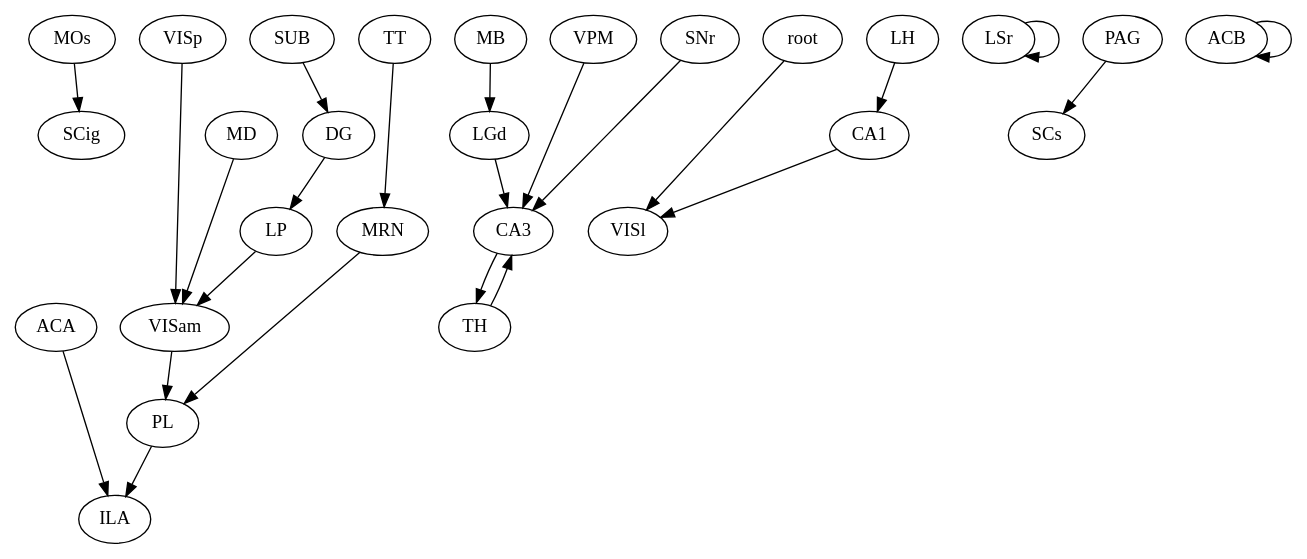
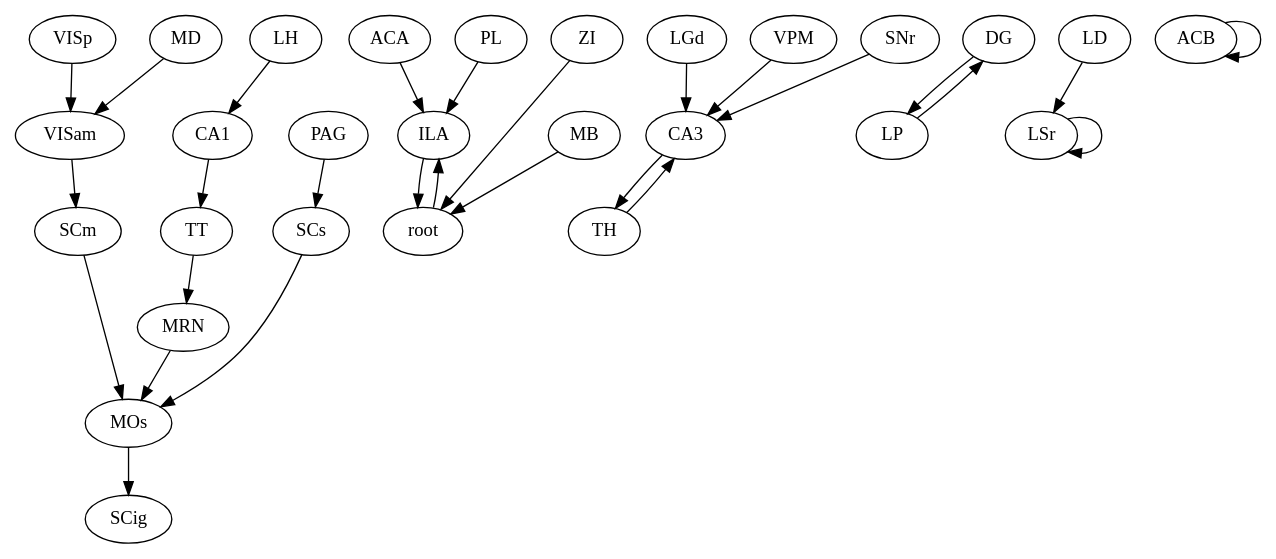
Before and after one commit to maryiii/FYI: the diagram in final_visual/ci.dot, drawn with Graphviz. The commit also changed 137 other files, not shown here.

```diff
--- a/final_visual/ci.dot
+++ b/final_visual/ci.dot
@@ -1,52 +1,57 @@
 digraph  {
-MOs;
-ACA;
-VISp;
-CA3;
-SUB;
-DG;
+MOs [region="non-visual cortex"];
+ACA [region="non-visual cortex"];
+VISp [region="visual cortex"];
+CA3 [region=hippocampal];
+DG [region=hippocampal];
 root;
-LSr;
-LGd;
-PL;
-MD;
-CA1;
-VISam;
-LH;
-MRN;
-PAG;
-VPM;
-MB;
-TH;
-ACB;
-SNr;
-LP;
+LSr [region="basal ganglia"];
+LGd [region=thalamus];
+PL [region="non-visual cortex"];
+MD [region=thalamus];
+CA1 [region=hippocampal];
+VISam [region="visual cortex"];
+LH [region=thalamus];
+ZI [region=midbrain];
+MB [region=midbrain];
+SCm [region=midbrain];
+MRN [region=midbrain];
+SCs [region=midbrain];
+PAG [region=midbrain];
+VPM [region=thalamus];
+TH [region=thalamus];
+ACB [region="basal ganglia"];
+SNr [region="basal ganglia"];
+LP [region=thalamus];
 TT;
-SCig;
-ILA;
-VISl;
-SCs;
-MOs -> SCig  [weight="0.026356200907739578"];
-ACA -> ILA  [weight="0.04470558781460515"];
-VISp -> VISam  [weight="0.031221049707263013"];
-CA3 -> TH  [weight="0.017133412370485462"];
-SUB -> DG  [weight="0.0317539615362951"];
-DG -> LP  [weight="0.02999309616682175"];
-root -> VISl  [weight="0.007172729153678765"];
-LSr -> LSr  [weight="0.013820366512712744"];
-LGd -> CA3  [weight="0.03171225242202876"];
-PL -> ILA  [weight="0.03254000181735155"];
-MD -> VISam  [weight="0.04169838512357484"];
-CA1 -> VISl  [weight="0.03350355778823063"];
-VISam -> PL  [weight="0.0036136044196076623"];
-LH -> CA1  [weight="0.017382710474449403"];
-MRN -> PL  [weight="0.003716235982980733"];
-PAG -> SCs  [weight="0.03135086573783709"];
-VPM -> CA3  [weight="0.006293403061231393"];
-MB -> LGd  [weight="0.011765323178219971"];
-TH -> CA3  [weight="0.015420803533427245"];
-ACB -> ACB  [weight="0.0477850582041748"];
-SNr -> CA3  [weight="0.041740403425453355"];
-LP -> VISam  [weight="0.03598357614098648"];
-TT -> MRN  [weight="0.01802774507826676"];
+ILA [region="non-visual cortex"];
+LD [region=thalamus];
+SCig [region=midbrain];
+MOs -> SCig  [weight="-6.078128525143129"];
+ACA -> ILA  [weight="-13.729188791751712"];
+VISp -> VISam  [weight="-5.80496745413727"];
+CA3 -> TH  [weight="-3.268891961818998"];
+DG -> LP  [weight="-2.6960484889333434"];
+root -> ILA  [weight="-3.3968674825490655"];
+LSr -> LSr  [weight="-4.024068583425861"];
+LGd -> CA3  [weight="-2.8954741081331923"];
+PL -> ILA  [weight="-4.3698430037224085"];
+MD -> VISam  [weight="-5.06144487566726"];
+CA1 -> TT  [weight="-4.483414429686831"];
+VISam -> SCm  [weight="-3.00896177512861"];
+LH -> CA1  [weight="-10.036009067451417"];
+ZI -> root  [weight="-3.62844058721484"];
+MB -> root  [weight="-2.571308260309367"];
+SCm -> MOs  [weight="-2.9986163072655865"];
+MRN -> MOs  [weight="-3.387263881123667"];
+SCs -> MOs  [weight="-3.367018016130192"];
+PAG -> SCs  [weight="-4.40592008032886"];
+VPM -> CA3  [weight="-17.114885457910418"];
+TH -> CA3  [weight="-3.3678147658639257"];
+ACB -> ACB  [weight="-4.0636489816999655"];
+SNr -> CA3  [weight="-2.6517073162004943"];
+LP -> DG  [weight="-2.5302999149500476"];
+TT -> MRN  [weight="-29.70668898522624"];
+ILA -> root  [weight="-3.2454063531868984"];
+LD -> LSr  [weight="-5.776054497787107"];
 }
```
